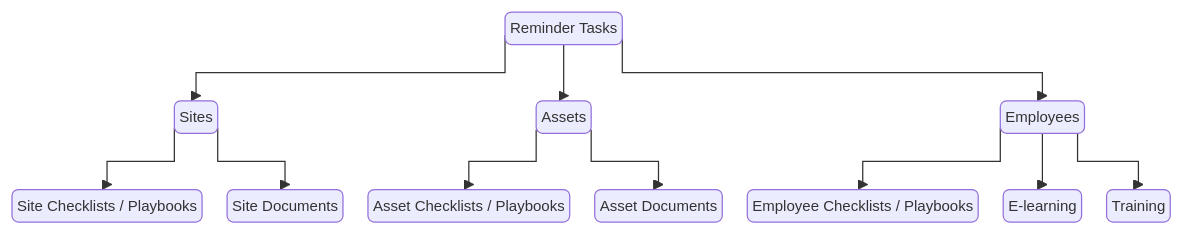
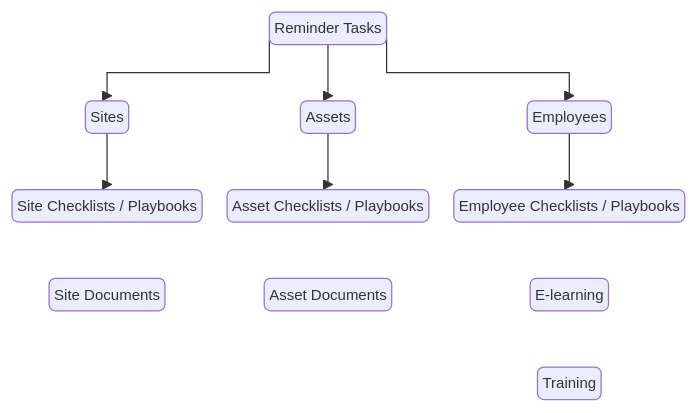
The diagram in docs/drafts/types-of-task.md (opus-safety/opus-knowledge-base), drawn with Mermaid before and after one commit.

Commit message:
tweaked diagram

````diff
--- a/docs/drafts/types-of-task.md
+++ b/docs/drafts/types-of-task.md
@@ -15,33 +15,29 @@
 ```mermaid
-%%{init: {'flowchart': {'curve': 'stepBefore', 'nodeSpacing': 20, 'rankSpacing': 45, 'padding': 4}, 'themeVariables': {'fontSize': '12px'}}}%%
+%%{init: {'layout': 'dagre', 'flowchart': {'curve': 'stepBefore', 'nodeSpacing': 20, 'rankSpacing': 45, 'padding': 4}, 'themeVariables': {'fontSize': '12px'}}}%%
 
 graph TD
 
 R(Reminder Tasks)
 
 R --> S(Sites)
 
 R --> A(Assets)
 
 R --> E(Employees)
 
 S --> S1(Site Checklists / Playbooks)
-
-S --> S2(Site Documents)
+S1 ~~~ S2(Site Documents)
 
 A --> A1(Asset Checklists / Playbooks)
-
-A --> A2(Asset Documents)
+A1 ~~~ A2(Asset Documents)
 
 E --> E1(Employee Checklists / Playbooks)
-
-E --> E2(E-learning)
-
-E --> E3(Training)
+E1 ~~~ E2(E-learning)
+E2 ~~~ E3(Training)
 
 class R root
 
 class S,A,E branch
 
 class S1,S2,A1,A2,E1,E2,E3 leaf
 ```
````
